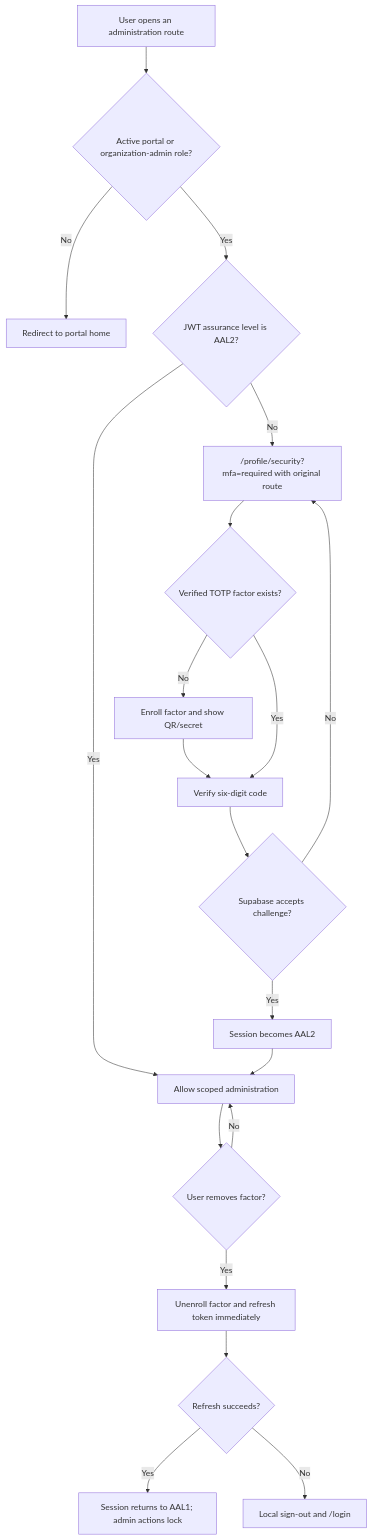
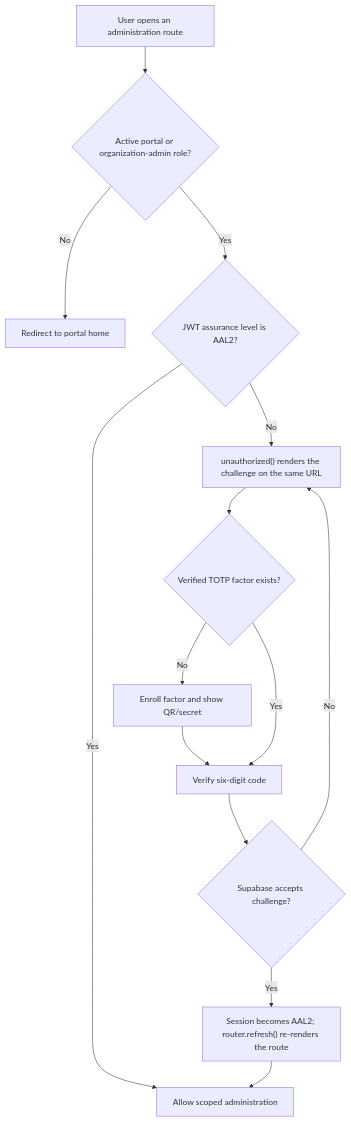
Before and after one commit to NORSTEC/intranet: the sixth of 6 diagrams in docs/flows/authentication-and-accounts.md, drawn with Mermaid. The commit also changed other lines of this file and 17 other files, not shown here.

First line of the commit message:
fix(portal): challenge MFA in place and trim redundant copy

````diff
--- a/docs/flows/authentication-and-accounts.md
+++ b/docs/flows/authentication-and-accounts.md
@@ -138,22 +138,16 @@
 ```mermaid
 flowchart TD
     A["User opens an administration route"] --> B{"Active portal or organization-admin role?"}
     B -- "No" --> X1["Redirect to portal home"]
     B -- "Yes" --> C{"JWT assurance level is AAL2?"}
     C -- "Yes" --> D["Allow scoped administration"]
-    C -- "No" --> E["/profile/security?mfa=required with original route"]
+    C -- "No" --> E["unauthorized() renders the challenge on the same URL"]
     E --> F{"Verified TOTP factor exists?"}
     F -- "No" --> G["Enroll factor and show QR/secret"]
     G --> H["Verify six-digit code"]
     F -- "Yes" --> H
     H --> I{"Supabase accepts challenge?"}
     I -- "No" --> E
-    I -- "Yes" --> J["Session becomes AAL2"]
+    I -- "Yes" --> J["Session becomes AAL2; router.refresh() re-renders the route"]
     J --> D
-    D --> K{"User removes factor?"}
-    K -- "No" --> D
-    K -- "Yes" --> L["Unenroll factor and refresh token immediately"]
-    L --> M{"Refresh succeeds?"}
-    M -- "Yes" --> N["Session returns to AAL1; admin actions lock"]
-    M -- "No" --> O["Local sign-out and /login"]
 ```
````
